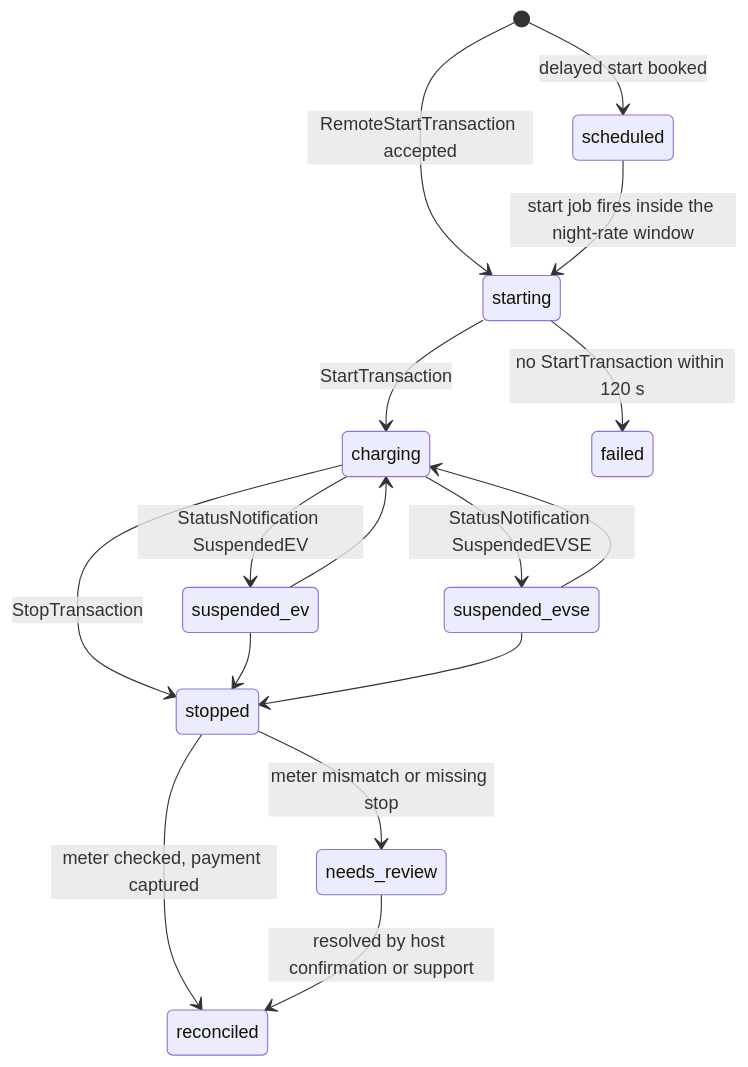
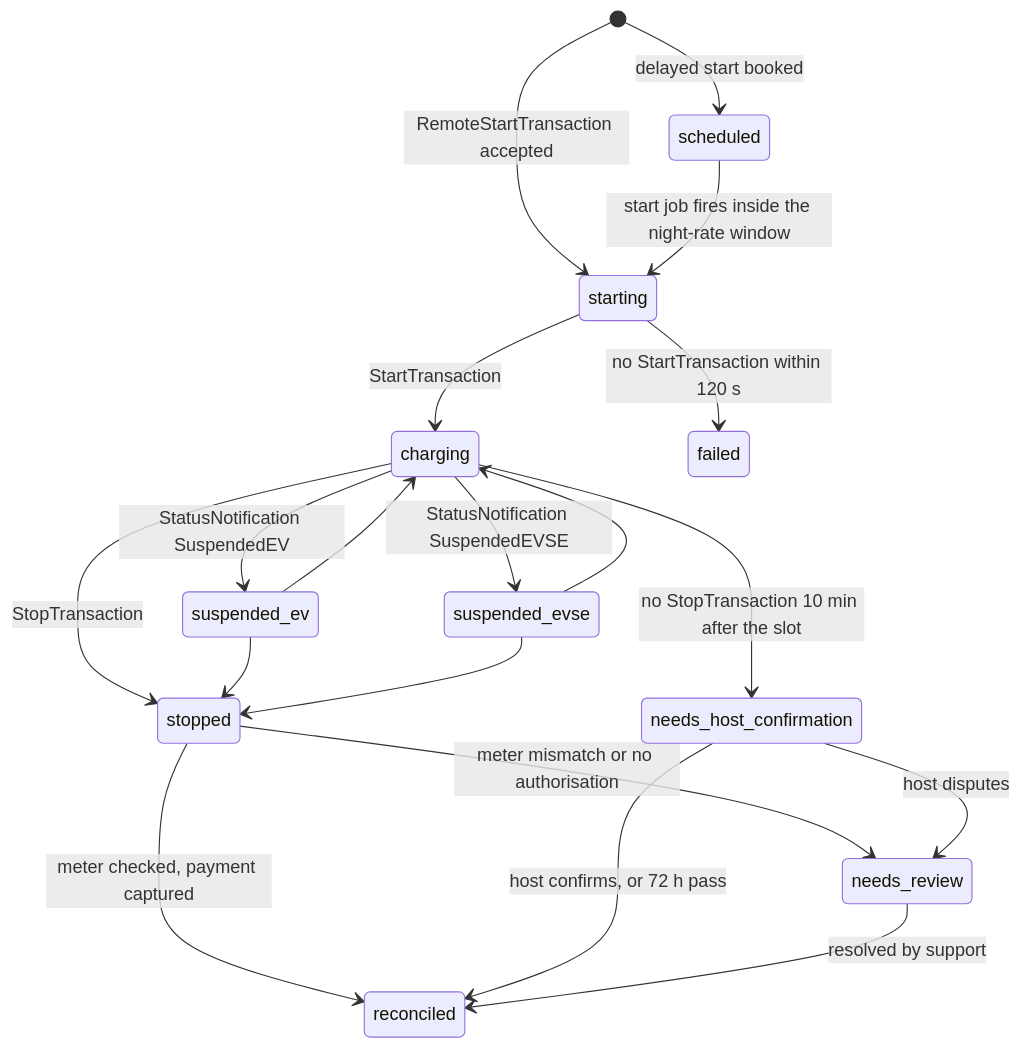
The fourth of 5 diagrams in docs/ARCHITECTURE.md (sprintengine/nd), drawn with Mermaid before and after one commit. The commit also changed other lines of this file and 1 other file, not shown here.

Commit message:
docs: describe reconciliation, receipts, held transfers and payout summaries

````diff
--- a/docs/ARCHITECTURE.md
+++ b/docs/ARCHITECTURE.md
@@ -253,18 +255,21 @@
 ```mermaid
 stateDiagram-v2
   [*] --> scheduled: delayed start booked
   [*] --> starting: RemoteStartTransaction accepted
   scheduled --> starting: start job fires inside the night-rate window
   starting --> charging: StartTransaction
   starting --> failed: no StartTransaction within 120 s
   charging --> suspended_ev: StatusNotification SuspendedEV
   charging --> suspended_evse: StatusNotification SuspendedEVSE
   suspended_ev --> charging
   suspended_evse --> charging
   charging --> stopped: StopTransaction
   suspended_ev --> stopped
   suspended_evse --> stopped
   stopped --> reconciled: meter checked, payment captured
-  stopped --> needs_review: meter mismatch or missing stop
-  needs_review --> reconciled: resolved by host confirmation or support
+  stopped --> needs_review: meter mismatch or no authorisation
+  charging --> needs_host_confirmation: no StopTransaction 10 min after the slot
+  needs_host_confirmation --> reconciled: host confirms, or 72 h pass
+  needs_host_confirmation --> needs_review: host disputes
+  needs_review --> reconciled: resolved by support
 ```
````
